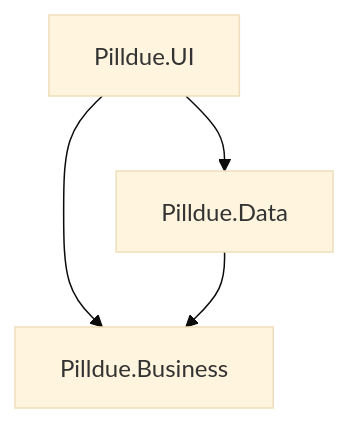
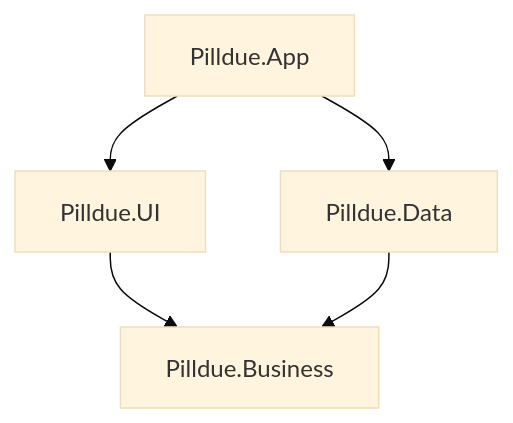
One commit to djordjevics/pilldue changed the diagram in docs/architecture.md. Above: the diagram before and after it, drawn with Mermaid (base theme). The commit also changed other lines of this file and 11 other files, not shown here.

First line of the commit message:
Extract SQLite composition into App host and Data helper.

````diff
--- a/docs/architecture.md
+++ b/docs/architecture.md
@@ -56,6 +57,7 @@
 ```mermaid
 flowchart TB
-  UI[Pilldue.UI] --> Business[Pilldue.Business]
-  UI --> Data[Pilldue.Data]
+  App[Pilldue.App] --> UI[Pilldue.UI]
+  App --> Data[Pilldue.Data]
+  UI --> Business[Pilldue.Business]
   Data --> Business
 ```
````
